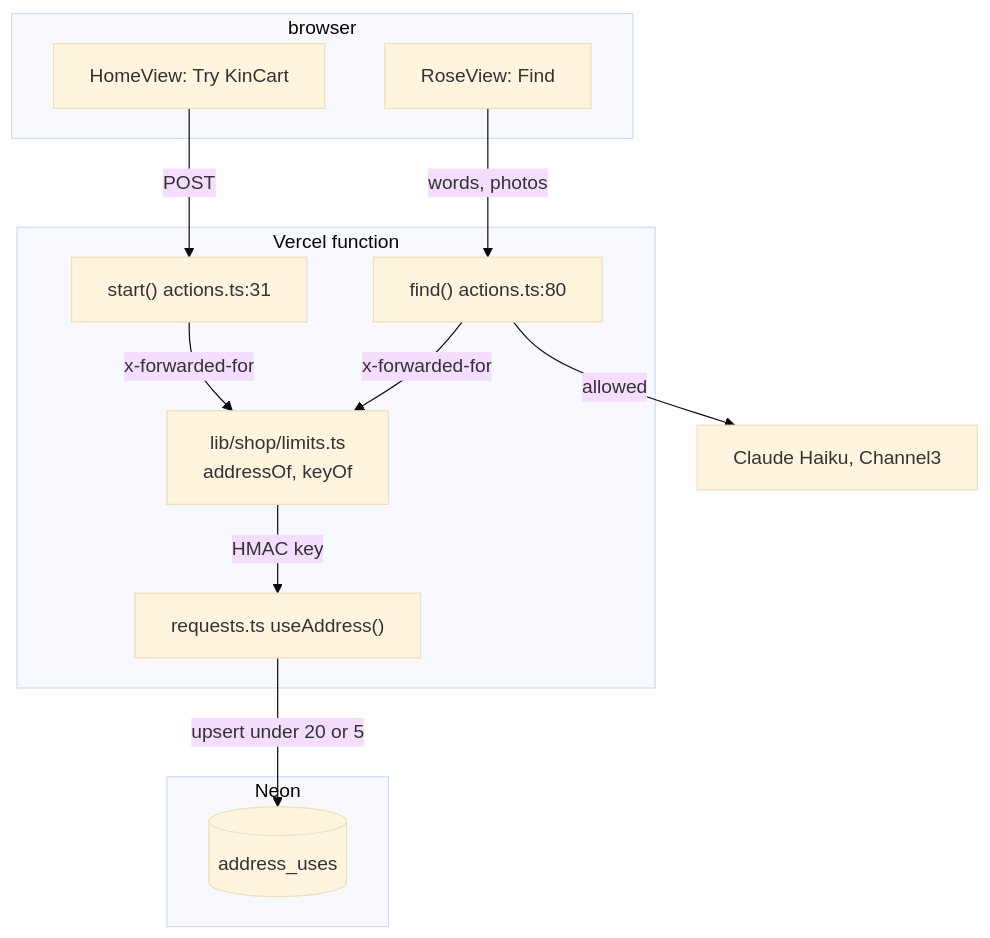
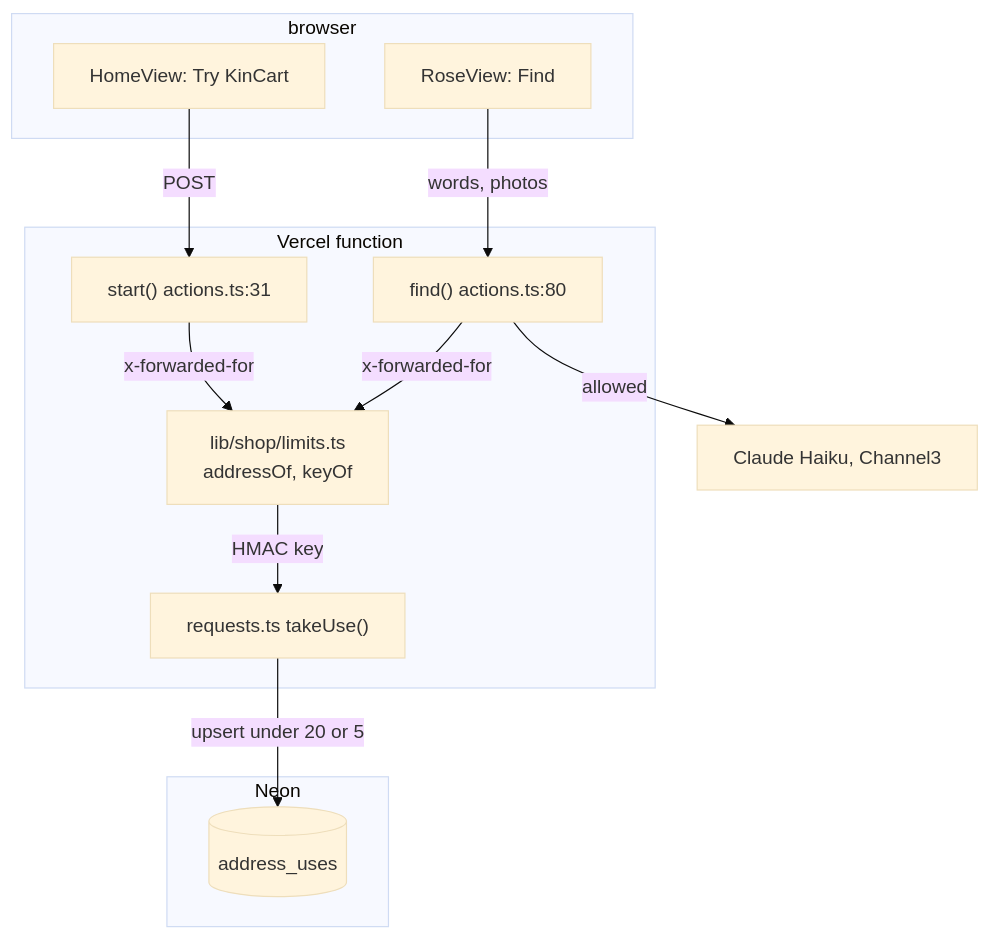
The third of 6 diagrams in docs/specs/find-limits.md (dzaffren/kincart), drawn with Mermaid (base theme) before and after one commit. The commit also changed other lines of this file and 6 other files, not shown here.

````diff
--- a/docs/specs/find-limits.md
+++ b/docs/specs/find-limits.md
@@ -137,23 +137,23 @@
 ```mermaid
 flowchart TB
     subgraph browser
         R["RoseView: Find"]
         H["HomeView: Try KinCart"]
     end
     subgraph vercel["Vercel function"]
         F["find() actions.ts:80"]
         S["start() actions.ts:31"]
         L["lib/shop/limits.ts<br/>addressOf, keyOf"]
-        Q["requests.ts useAddress()"]
+        Q["requests.ts takeUse()"]
     end
     subgraph neon["Neon"]
         T[("address_uses")]
     end
     R -- "words, photos" --> F
     H -- "POST" --> S
     F -- "x-forwarded-for" --> L
     S -- "x-forwarded-for" --> L
     L -- "HMAC key" --> Q
     Q -- "upsert under 20 or 5" --> T
     F -- "allowed" --> AI["Claude Haiku, Channel3"]
 ```
````
